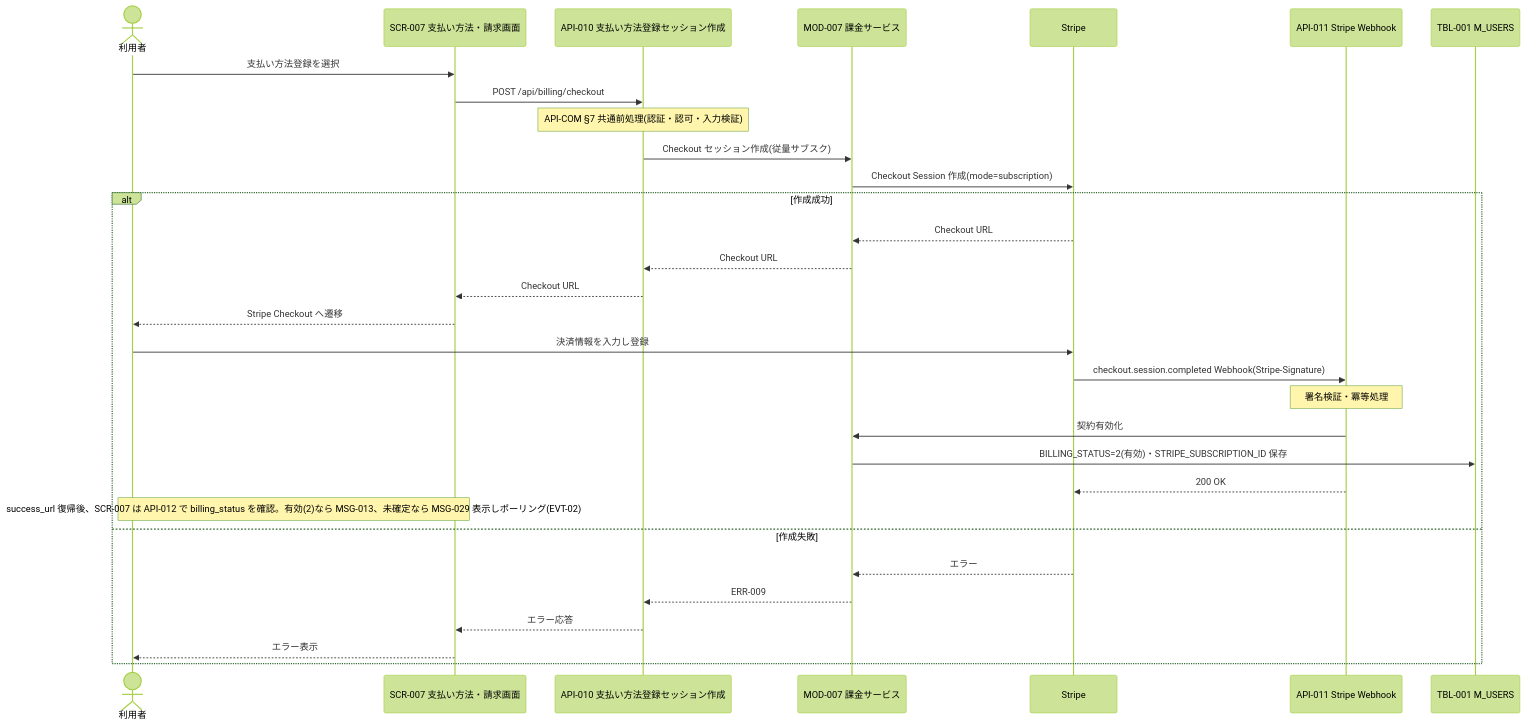
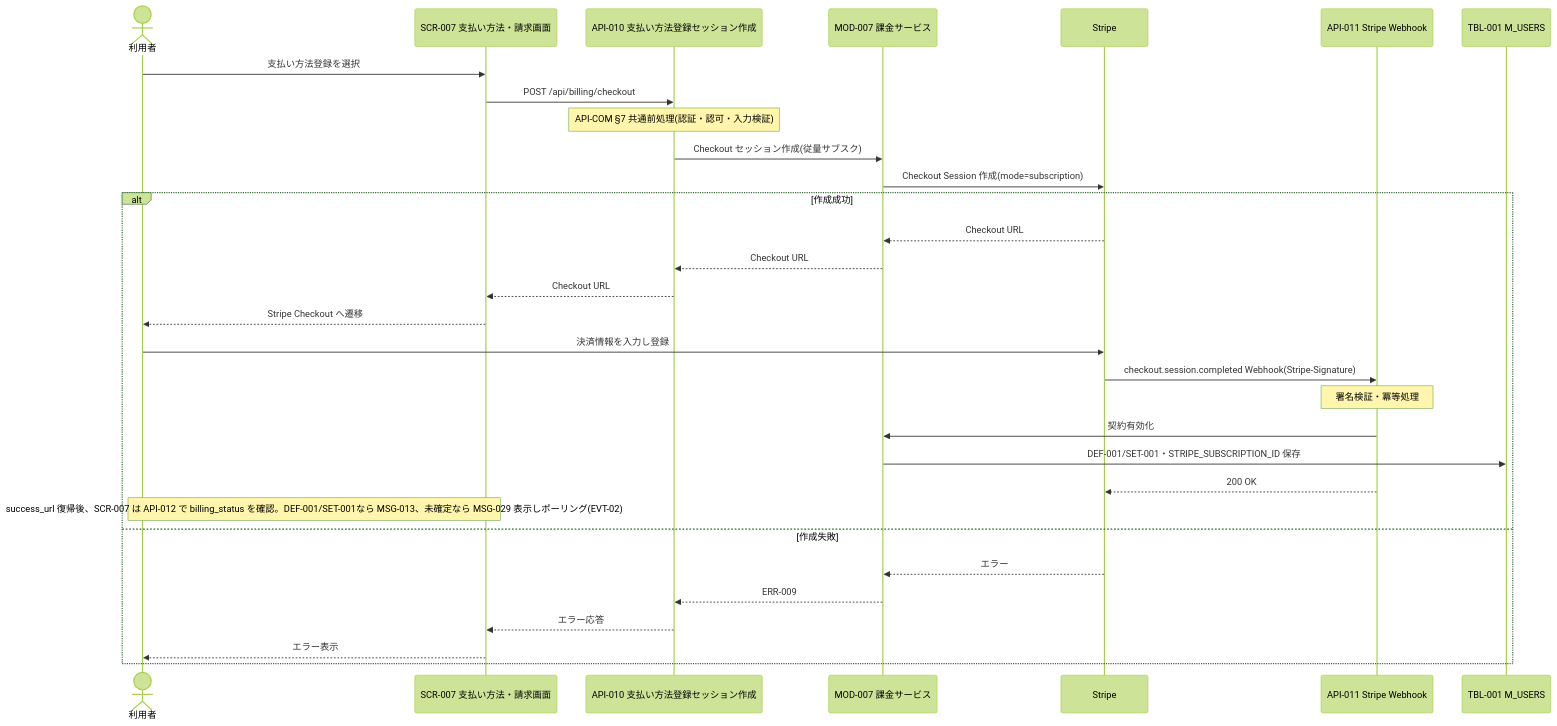
Before and after one commit to sikakou54/system-document-template: the diagram in docs/02_機能設計/08_シーケンス設計/SEQ-004_支払い方法登録シーケンス.md, drawn with Mermaid (forest theme). The commit also changed other lines of this file and 86 other files, not shown here.

````diff
--- a/docs/02_機能設計/08_シーケンス設計/SEQ-004_支払い方法登録シーケンス.md
+++ b/docs/02_機能設計/08_シーケンス設計/SEQ-004_支払い方法登録シーケンス.md
@@ -25,34 +25,34 @@
 ```mermaid
 sequenceDiagram
     actor U as 利用者
     participant SCR as SCR-007 支払い方法・請求画面
     participant API10 as API-010 支払い方法登録セッション作成
     participant MOD as MOD-007 課金サービス
     participant STR as Stripe
     participant API11 as API-011 Stripe Webhook
     participant USR as TBL-001 M_USERS
 
     U->>SCR: 支払い方法登録を選択
     SCR->>API10: POST /api/billing/checkout
     Note over API10: API-COM §7 共通前処理(認証・認可・入力検証)
     API10->>MOD: Checkout セッション作成(従量サブスク)
     MOD->>STR: Checkout Session 作成(mode=subscription)
     alt 作成成功
         STR-->>MOD: Checkout URL
         MOD-->>API10: Checkout URL
         API10-->>SCR: Checkout URL
         SCR-->>U: Stripe Checkout へ遷移
         U->>STR: 決済情報を入力し登録
         STR->>API11: checkout.session.completed Webhook(Stripe-Signature)
         Note over API11: 署名検証・冪等処理
         API11->>MOD: 契約有効化
-        MOD->>USR: BILLING_STATUS=2(有効)・STRIPE_SUBSCRIPTION_ID 保存
+        MOD->>USR: DEF-001/SET-001・STRIPE_SUBSCRIPTION_ID 保存
         API11-->>STR: 200 OK
-        Note over U,SCR: success_url 復帰後、SCR-007 は API-012 で billing_status を確認。有効(2)なら MSG-013、未確定なら MSG-029 表示しポーリング(EVT-02)
+        Note over U,SCR: success_url 復帰後、SCR-007 は API-012 で billing_status を確認。DEF-001/SET-001なら MSG-013、未確定なら MSG-029 表示しポーリング(EVT-02)
     else 作成失敗
         STR-->>MOD: エラー
         MOD-->>API10: ERR-009
         API10-->>SCR: エラー応答
         SCR-->>U: エラー表示
     end
 ```
````
